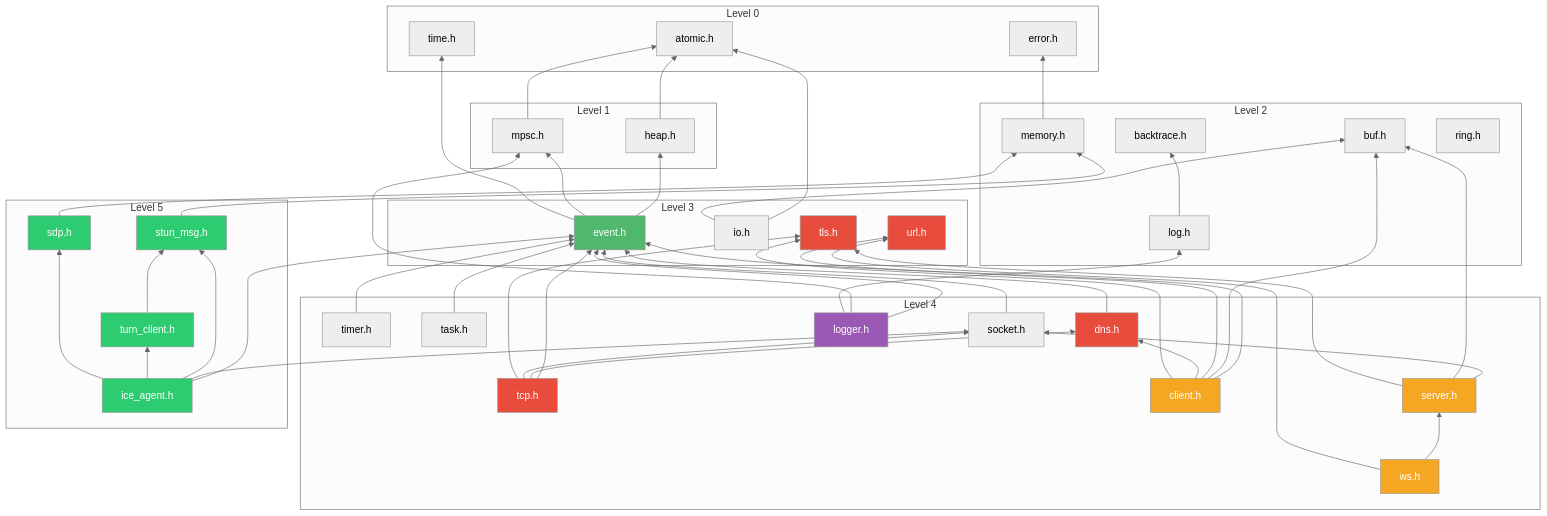
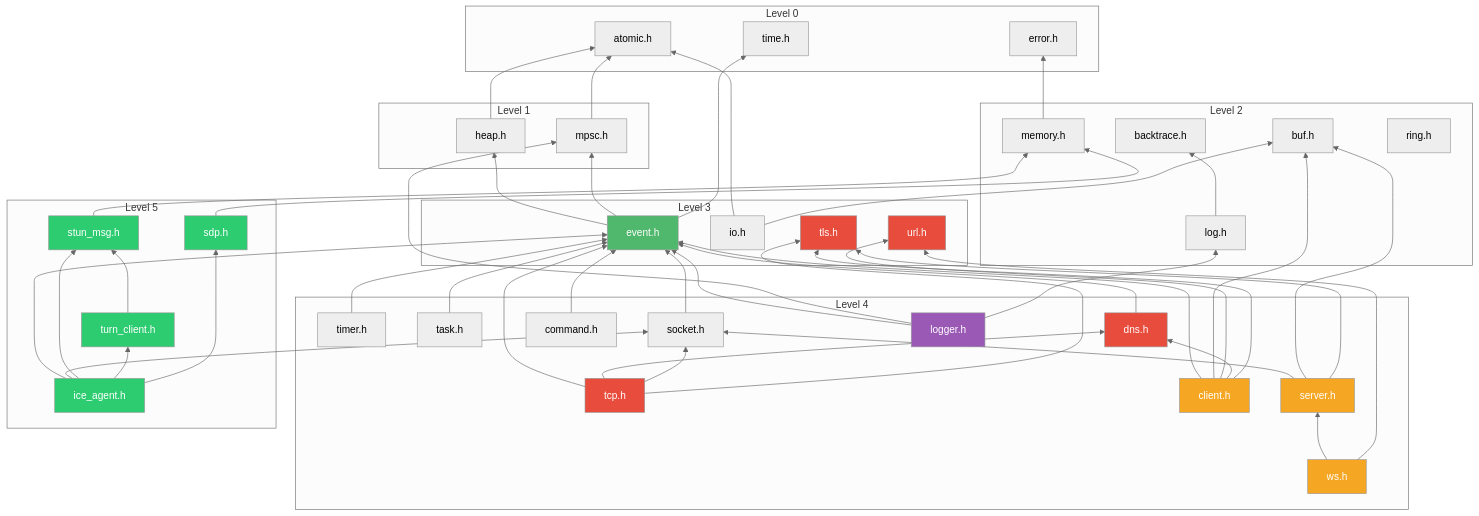
One commit to mivinci/DownloadKit changed the second of 2 diagrams in docs/README.md. Above: the diagram before and after it, drawn with Mermaid (neutral theme). The commit also changed other lines of this file and 27 other files, not shown here.

```diff
--- a/docs/README.md
+++ b/docs/README.md
@@ -215,6 +276,7 @@
         TIMER["timer.h"]
         TASK["task.h"]
         SOCKET["socket.h"]
+        COMMAND["command.h"]
         DNS["dns.h"]
         TCP["tcp.h"]
         LOGGER["logger.h"]
@@ -242,6 +304,7 @@
     TIMER --> EVENT
     TASK --> EVENT
     SOCKET --> EVENT
+    COMMAND --> EVENT
     DNS --> EVENT
     TCP --> EVENT
     TCP --> DNS
```
